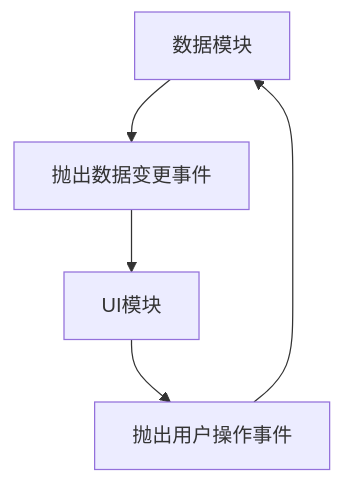
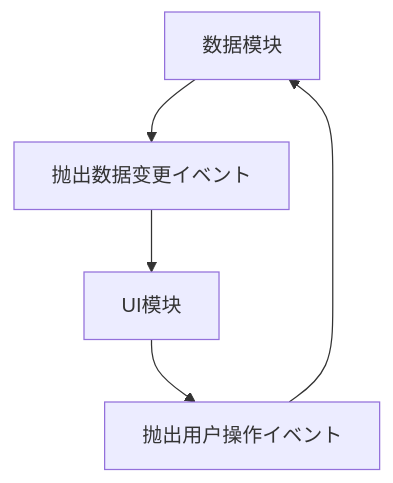
Before and after one commit to AlianBlank/GameFrameX.Docs: the sixth of 6 diagrams in docs/ja/client/unity/component/event/04.features.md, drawn with Mermaid. The commit also changed other lines of this file and 603 other files, not shown here.

````diff
--- a/docs/ja/client/unity/component/event/04.features.md
+++ b/docs/ja/client/unity/component/event/04.features.md
@@ -343,7 +343,7 @@
 ```mermaid
 flowchart TB
-    Data[数据模块] --> Event1[抛出数据变更事件]
+    Data[数据模块] --> Event1[抛出数据变更イベント]
     Event1 --> UI[UI模块]
-    UI --> Event2[抛出用户操作事件]
+    UI --> Event2[抛出用户操作イベント]
     Event2 --> Data
 ```
````
